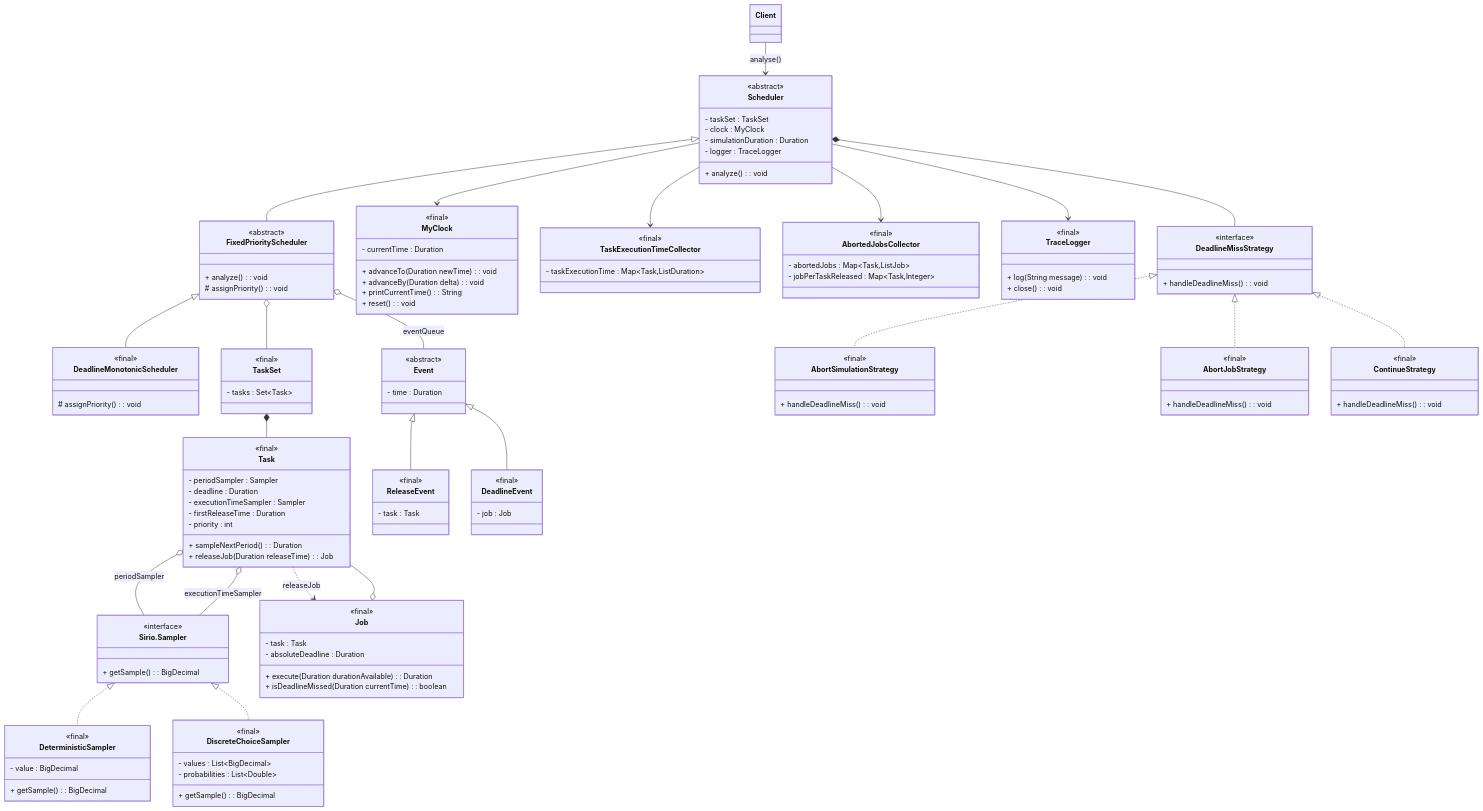
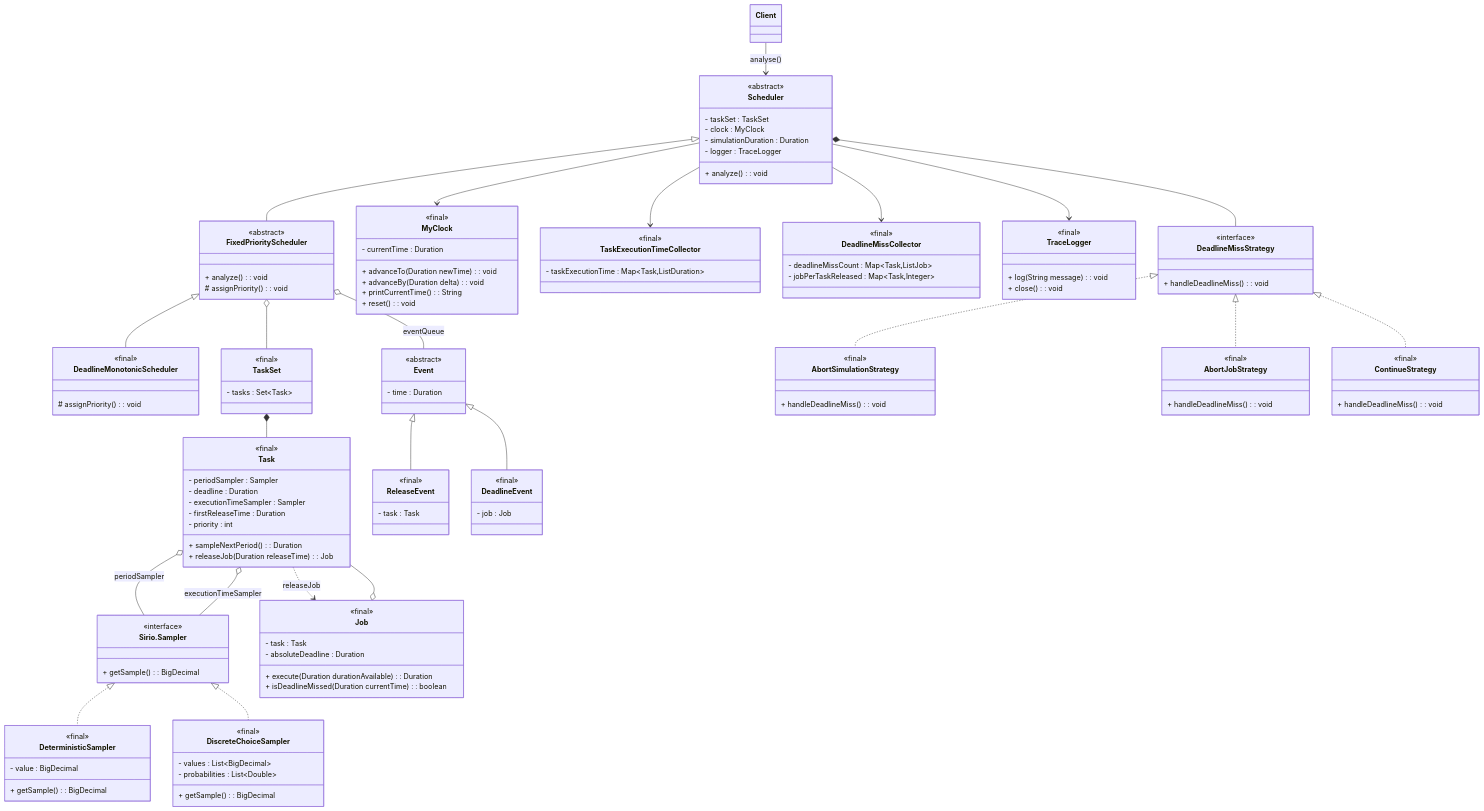
One commit to edoardosarri24/probabilistic-soft-real-time-analysis changed the diagram in report/images/1-simulator/class_diagram.mmd. Above: the diagram before and after it, drawn with Mermaid. The commit also changed 9 other files, not shown here.

```diff
--- a/report/images/1-simulator/class_diagram.mmd
+++ b/report/images/1-simulator/class_diagram.mmd
@@ -1,159 +1,159 @@
 classDiagram
 
     %% Scheduler
     class Scheduler {
         <<abstract>>
         - taskSet : TaskSet
         - clock : MyClock
         - simulationDuration : Duration
         - logger : TraceLogger
         + analyze() : void
     }
 
     class FixedPriorityScheduler {
         <<abstract>>
         + analyze() : void
         # assignPriority() : void
     }
 
     class DeadlineMonotonicScheduler {
         <<final>>
         # assignPriority() : void
     }
 
     %% Strategy
     class DeadlineMissStrategy {
         <<interface>>
         + handleDeadlineMiss() : void
     }
 
     class AbortSimulationStrategy {
         <<final>>
         + handleDeadlineMiss() : void
     }
 
     class AbortJobStrategy {
         <<final>>
         + handleDeadlineMiss() : void
     }
 
     class ContinueStrategy {
         <<final>>
         + handleDeadlineMiss() : void
     }
 
     %% TaskSet
     class TaskSet {
         <<final>>
         - tasks : Set~Task~
     }
 
     class Task {
         <<final>>
         - periodSampler : Sampler
         - deadline : Duration
         - executionTimeSampler : Sampler
         - firstReleaseTime : Duration
         - priority : int
         + sampleNextPeriod() : Duration
         + releaseJob(Duration releaseTime) : Job
     }
 
     class Job {
         <<final>>
         - task : Task
         - absoluteDeadline : Duration
         + execute(Duration durationAvailable) : Duration
         + isDeadlineMissed(Duration currentTime) : boolean
     }
 
     %% Event
     class Event {
         <<abstract>>
         - time : Duration
     }
 
     class ReleaseEvent {
         <<final>>
         - task : Task
     }
 
     class DeadlineEvent {
         <<final>>
         - job : Job
     }
 
     %% Sampler
     class Sirio.Sampler {
         <<interface>>
         + getSample() : BigDecimal
     }
 
     class DeterministicSampler {
         <<final>>
         - value : BigDecimal
         + getSample() : BigDecimal
     }
 
     class DiscreteChoiceSampler {
         <<final>>
         - values : List~BigDecimal~
         - probabilities : List~Double~
         + getSample() : BigDecimal
     }
 
     %% Utils
     class MyClock {
         <<final>>
         - currentTime : Duration
         + advanceTo(Duration newTime) : void
         + advanceBy(Duration delta) : void
         + printCurrentTime() : String
         + reset() : void
     }
 
     class TraceLogger {
         <<final>>
         + log(String message) : void
         + close() : void
     }
 
     class TaskExecutionTimeCollector{
         <<final>>
         - taskExecutionTime : Map~Task,ListDuration~
     }
 
-    class AbortedJobsCollector{
+    class DeadlineMissCollector{
         <<final>>
-        - abortedJobs : Map~Task,ListJob~
+        - deadlineMissCount : Map~Task,ListJob~
         - jobPerTaskReleased : Map~Task,Integer~
     }
 
     %% Relationships
     Client --> Scheduler : analyse()
     %% Scheduler
     Scheduler <|-- FixedPriorityScheduler
     FixedPriorityScheduler <|-- DeadlineMonotonicScheduler
     Scheduler --> MyClock
     Scheduler --> TaskExecutionTimeCollector
-    Scheduler --> AbortedJobsCollector
+    Scheduler --> DeadlineMissCollector
     FixedPriorityScheduler o-- TaskSet
     FixedPriorityScheduler o-- Event : eventQueue
     Scheduler --> TraceLogger
     Scheduler *-- DeadlineMissStrategy
     %% TaskSet
     TaskSet *-- Task
     Job o-- Task
     Task o-- Sirio.Sampler : periodSampler
     Task o-- Sirio.Sampler : executionTimeSampler
     Task ..> Job : releaseJob
     %% Event
     Event <|-- ReleaseEvent
     Event <|-- DeadlineEvent
     %% Sampler
     Sirio.Sampler <|.. DeterministicSampler
     Sirio.Sampler <|.. DiscreteChoiceSampler
     %% Streategy
     DeadlineMissStrategy <|.. AbortSimulationStrategy
     DeadlineMissStrategy <|.. AbortJobStrategy
     DeadlineMissStrategy <|.. ContinueStrategy
```
